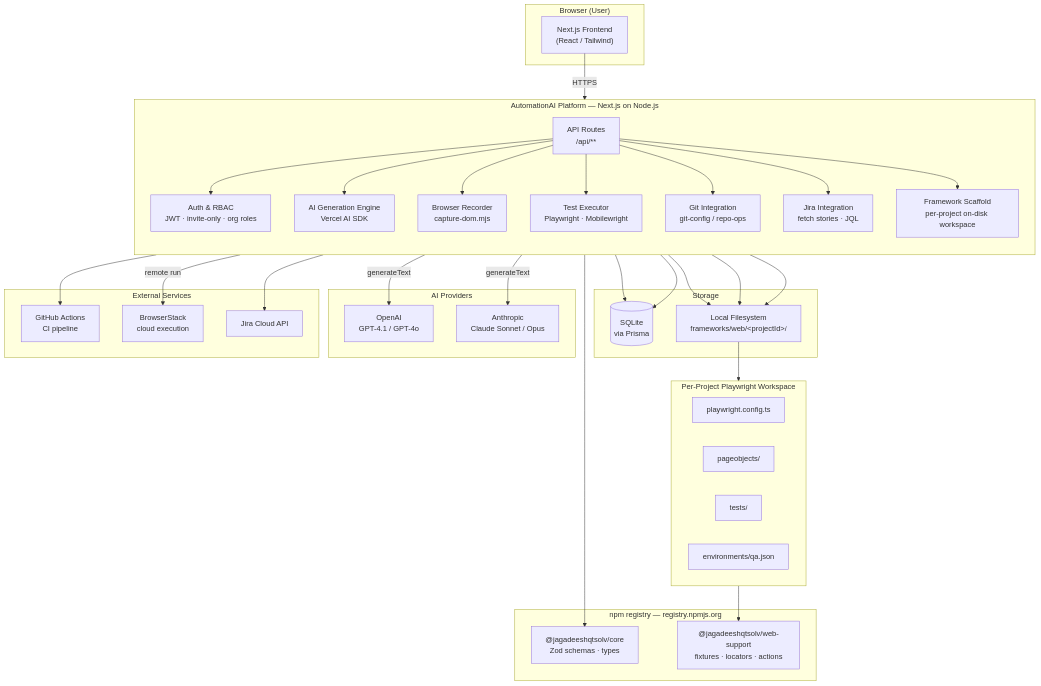
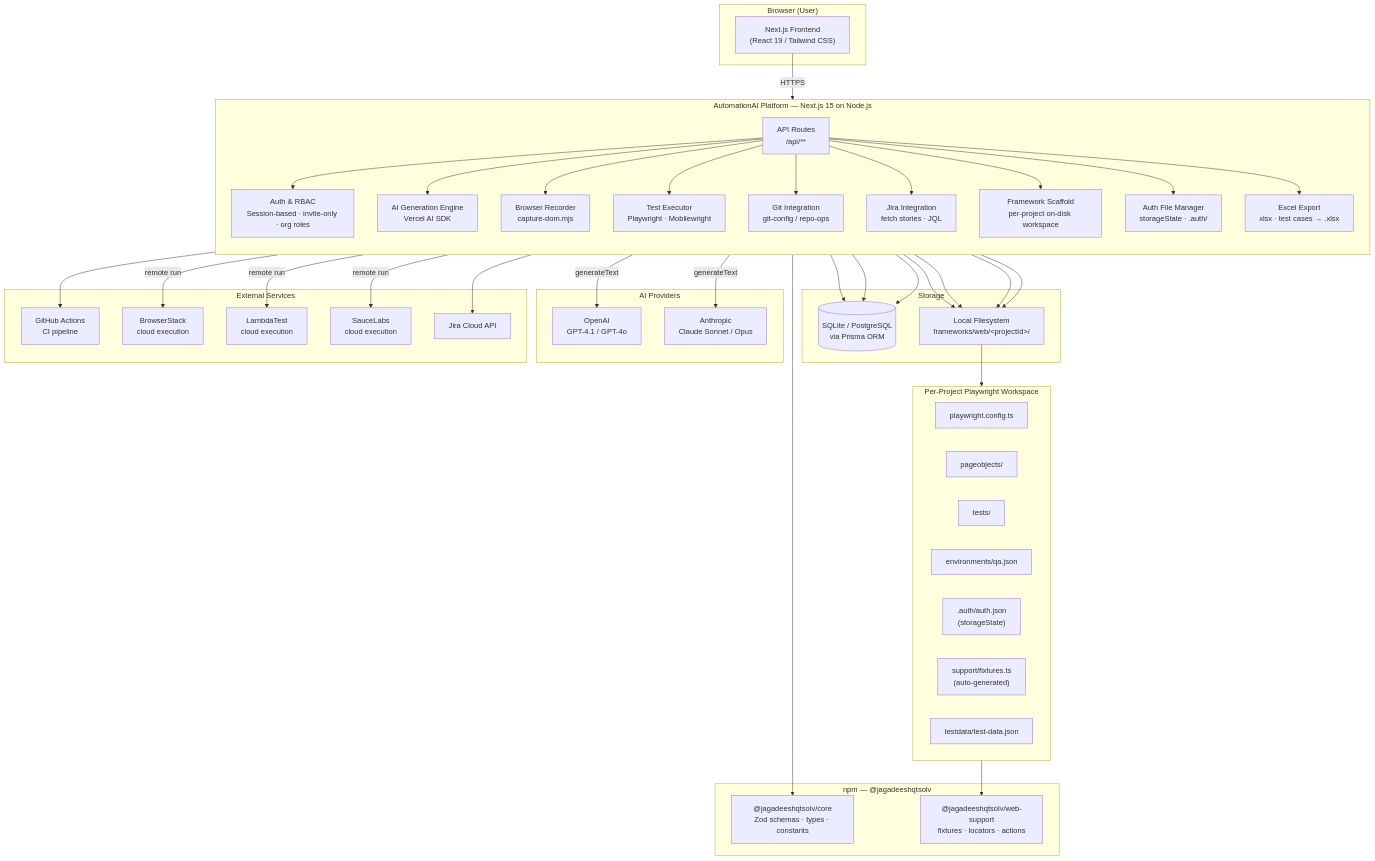
One commit to jagadeeshqtsolv/automation-ai-platform changed the first of 9 diagrams in docs/ARCHITECTURE.md. Above: the diagram before and after it, drawn with Mermaid. The commit also changed other lines of this file, not shown here.

````diff
--- a/docs/ARCHITECTURE.md
+++ b/docs/ARCHITECTURE.md
@@ -23,61 +25,69 @@
 ```mermaid
 graph TB
     subgraph Client["Browser (User)"]
-        UI["Next.js Frontend\n(React / Tailwind)"]
+        UI["Next.js Frontend\n(React 19 / Tailwind CSS)"]
     end
 
-    subgraph Platform["AutomationAI Platform  —  Next.js on Node.js"]
+    subgraph Platform["AutomationAI Platform  —  Next.js 15 on Node.js"]
         direction TB
         API["API Routes\n/api/**"]
-        Auth["Auth & RBAC\nJWT · invite-only · org roles"]
+        Auth["Auth & RBAC\nSession-based · invite-only · org roles"]
         AIEngine["AI Generation Engine\nVercel AI SDK"]
         Recorder["Browser Recorder\ncapture-dom.mjs"]
         Executor["Test Executor\nPlaywright · Mobilewright"]
         GitSvc["Git Integration\ngit-config / repo-ops"]
         JiraSvc["Jira Integration\nfetch stories · JQL"]
         Scaffold["Framework Scaffold\nper-project on-disk workspace"]
+        AuthFiles["Auth File Manager\nstorageState · .auth/"]
+        ExcelExport["Excel Export\nxlsx · test cases → .xlsx"]
     end
 
     subgraph Storage["Storage"]
-        DB[("SQLite\nvia Prisma")]
+        DB[("SQLite / PostgreSQL\nvia Prisma ORM")]
         FS["Local Filesystem\nframeworks/web/&lt;projectId&gt;/"]
     end
 
     subgraph AIProviders["AI Providers"]
         OpenAI["OpenAI\nGPT-4.1 / GPT-4o"]
         Claude["Anthropic\nClaude Sonnet / Opus"]
     end
 
     subgraph Framework["Per-Project Playwright Workspace"]
         PW["playwright.config.ts"]
         PO["pageobjects/"]
         Tests["tests/"]
         Envs["environments/qa.json"]
+        AuthDir[".auth/auth.json\n(storageState)"]
+        Fixtures["support/fixtures.ts\n(auto-generated)"]
+        TestData["testdata/test-data.json"]
     end
 
-    subgraph Packages["npm registry  —  registry.npmjs.org"]
-        Core["@jagadeeshqtsolv/core\nZod schemas · types"]
+    subgraph Packages["npm  —  @jagadeeshqtsolv"]
+        Core["@jagadeeshqtsolv/core\nZod schemas · types · constants"]
         WebSupport["@jagadeeshqtsolv/web-support\nfixtures · locators · actions"]
     end
 
     subgraph External["External Services"]
         GitHub["GitHub Actions\nCI pipeline"]
         BS["BrowserStack\ncloud execution"]
+        LT["LambdaTest\ncloud execution"]
+        SL["SauceLabs\ncloud execution"]
         JiraAPI["Jira Cloud API"]
     end
 
     UI -->|HTTPS| API
-    API --> Auth & AIEngine & Recorder & Executor & GitSvc & JiraSvc & Scaffold
+    API --> Auth & AIEngine & Recorder & Executor & GitSvc & JiraSvc & Scaffold & AuthFiles & ExcelExport
     Auth --> DB
     AIEngine -->|generateText| OpenAI & Claude
     AIEngine --> DB
     Scaffold --> FS
     Executor --> FS
     Recorder --> FS
+    AuthFiles --> DB & FS
     FS --> Framework
     Framework --> WebSupport
     GitSvc --> GitHub
-    Executor -->|remote run| BS
+    Executor -->|remote run| BS & LT & SL
     JiraSvc --> JiraAPI
     Platform --> Core
 ```
````
